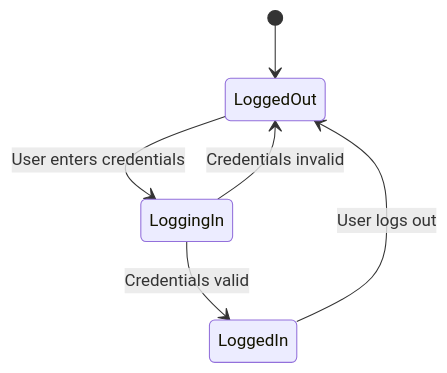
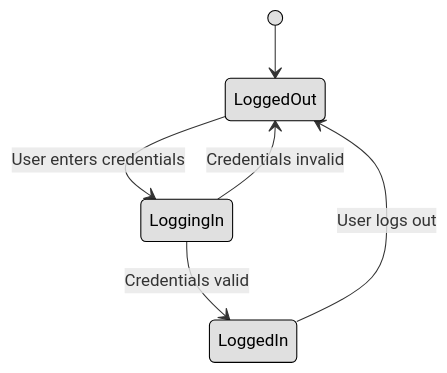
The diagram in DOMAIN3: Security Architecture and Engineering/3.02 Understand the fundamental concepts of security models (e.g. Biba, STar Model, Bell Lapadula).md (lorenzoleonelli/CISSP-Zero-to-Hero), drawn with Mermaid before and after one commit.

Commit message:
Update 3.02 Understand the fundamental concepts of security models (e.g. Biba, STar Model, Bell Lapadula).md

````diff
--- a/DOMAIN3: Security Architecture and Engineering/3.02 Understand the fundamental concepts of security models (e.g. Biba, STar Model, Bell Lapadula).md
+++ b/DOMAIN3: Security Architecture and Engineering/3.02 Understand the fundamental concepts of security models (e.g. Biba, STar Model, Bell Lapadula).md
@@ -17,8 +17,11 @@
 ```mermaid
 stateDiagram-v2
     [*] --> LoggedOut
     LoggedOut --> LoggingIn: User enters credentials
     LoggingIn --> LoggedIn: Credentials valid
     LoggingIn --> LoggedOut: Credentials invalid
     LoggedIn --> LoggedOut: User logs out
+
+    classDef center fill:#ffffff,color:#000000,stroke:#000000,stroke-width:1px,font-weight:bold
+    classDef node fill:#e0e0e0,color:#000000,stroke:#000000,stroke-width:1px
 ```
````
